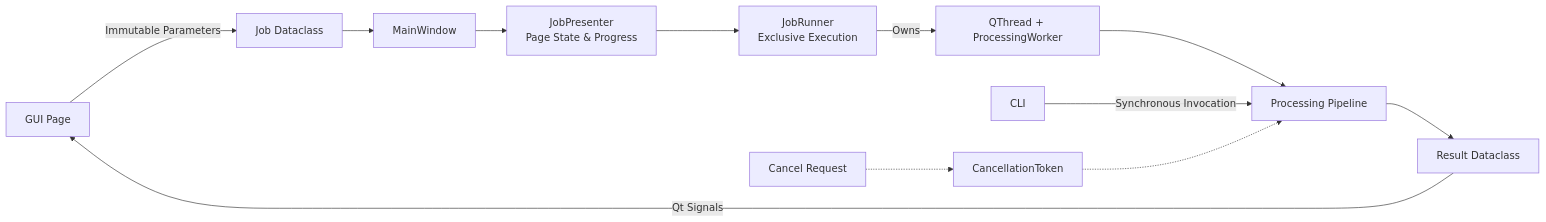
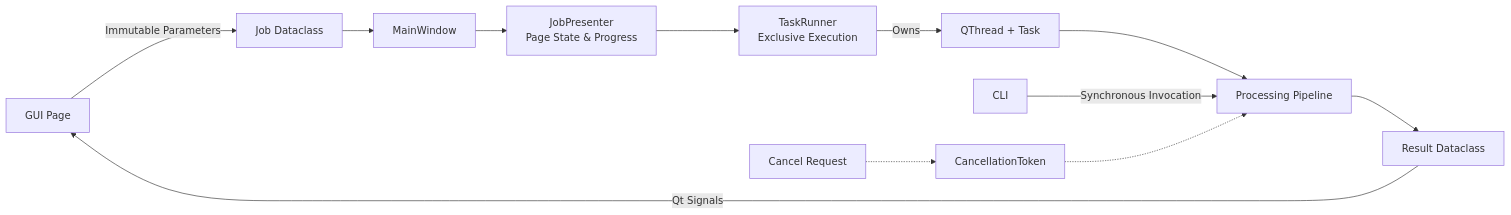
Before and after one commit to ChouChiu/Purivox: the second of 3 diagrams in docs/en/architecture.md, drawn with Mermaid. The commit also changed other lines of this file and 41 other files, not shown here.

````diff
--- a/docs/en/architecture.md
+++ b/docs/en/architecture.md
@@ -54,14 +54,14 @@
 ```mermaid
 flowchart LR
     page["GUI Page"] -->|Immutable Parameters| job["Job Dataclass"]
     job --> window["MainWindow"]
     window --> presenter["JobPresenter<br/>Page State & Progress"]
-    presenter --> runner["JobRunner<br/>Exclusive Execution"]
-    runner -->|Owns| worker["QThread + ProcessingWorker"]
+    presenter --> runner["TaskRunner<br/>Exclusive Execution"]
+    runner -->|Owns| worker["QThread + Task"]
     worker --> pipeline["Processing Pipeline"]
     cli["CLI"] -->|Synchronous Invocation| pipeline
     pipeline --> result["Result Dataclass"]
     result -->|Qt Signals| page
     cancel["Cancel Request"] -.-> token["CancellationToken"]
     token -.-> pipeline
 ```
````
